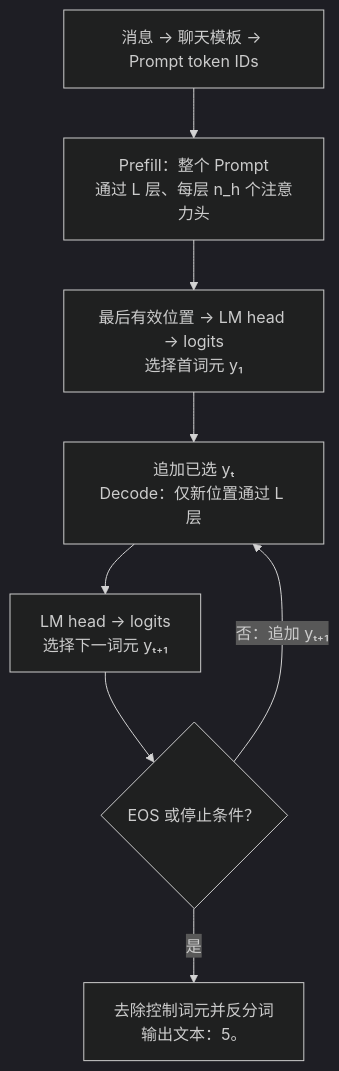
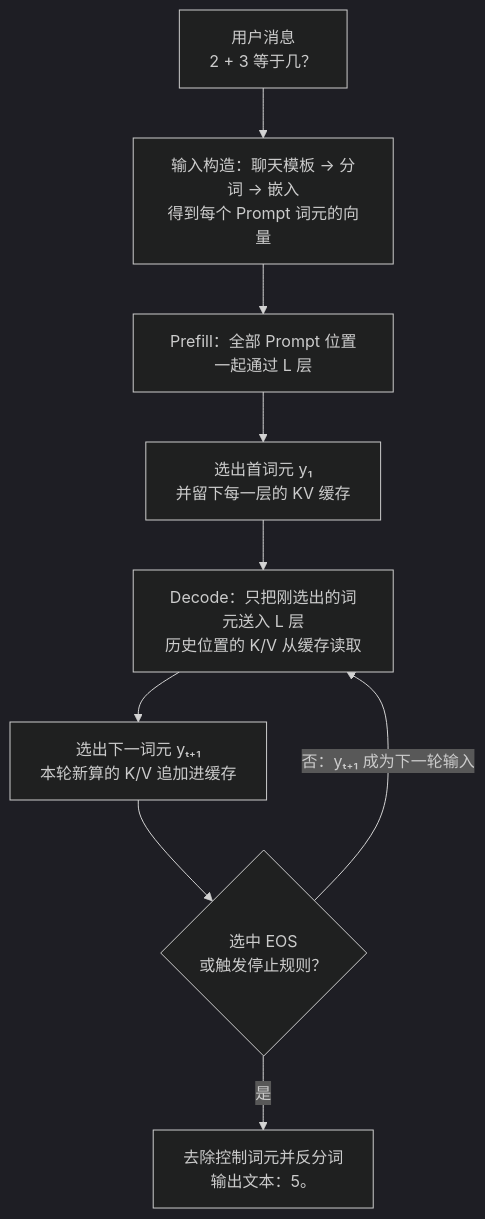
The first of 7 diagrams in 03_components/3.8_gpt_inference_flow.md (yeasy/llm_internals), drawn with Mermaid (dark theme) before and after one commit. The commit also changed other lines of this file and 1 other file, not shown here.

````diff
--- a/03_components/3.8_gpt_inference_flow.md
+++ b/03_components/3.8_gpt_inference_flow.md
@@ -33,10 +33,11 @@
 ```mermaid
 flowchart TB
-    input["消息 → 聊天模板 → Prompt token IDs"] --> prefill["Prefill：整个 Prompt<br/>通过 L 层、每层 n_h 个注意力头"]
-    prefill --> first["最后有效位置 → LM head → logits<br/>选择首词元 y₁"]
-    first --> decode["追加已选 yₜ<br/>Decode：仅新位置通过 L 层"]
-    decode --> next["LM head → logits<br/>选择下一词元 yₜ₊₁"]
-    next --> stop{"EOS 或停止条件？"}
-    stop -->|"否：追加 yₜ₊₁"| decode
+    input["用户消息<br/>2 + 3 等于几？"] --> prompt["输入构造：聊天模板 → 分词 → 嵌入<br/>得到每个 Prompt 词元的向量"]
+    prompt --> prefill["Prefill：全部 Prompt 位置一起通过 L 层"]
+    prefill --> first["选出首词元 y₁<br/>并留下每一层的 KV 缓存"]
+    first --> decode["Decode：只把刚选出的词元送入 L 层<br/>历史位置的 K/V 从缓存读取"]
+    decode --> next["选出下一词元 yₜ₊₁<br/>本轮新算的 K/V 追加进缓存"]
+    next --> stop{"选中 EOS<br/>或触发停止规则？"}
+    stop -->|"否：yₜ₊₁ 成为下一轮输入"| decode
     stop -->|"是"| text["去除控制词元并反分词<br/>输出文本：5。"]
 ```
````
